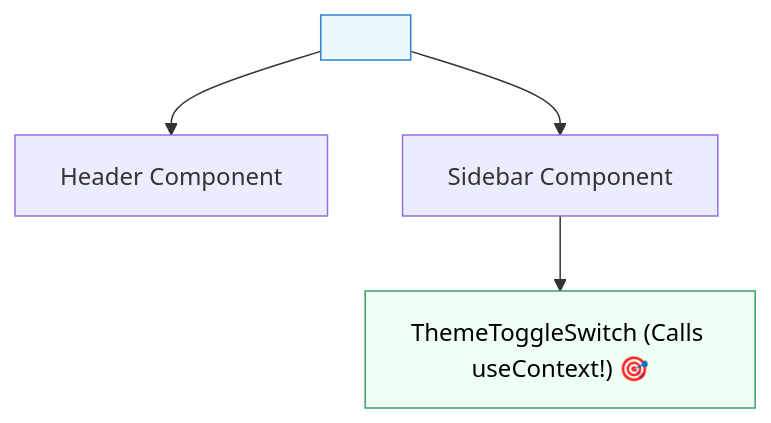
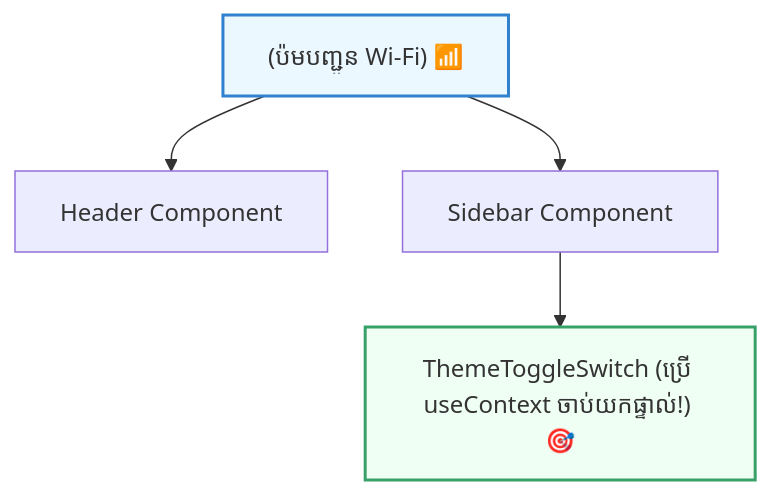
Before and after one commit to Ari-ICU/full-stack-short-coures: the diagram in src/courses/react/module-7-global-state/02-context-api-setup.mdx, drawn with Mermaid. The commit also changed other lines of this file and 7 other files, not shown here.

Commit message:
feat: add ReactPitfallsDiagram component and update global state course content to explain derived state and useEffect pitfalls

````diff
--- a/src/courses/react/module-7-global-state/02-context-api-setup.mdx
+++ b/src/courses/react/module-7-global-state/02-context-api-setup.mdx
@@ -24,10 +37,10 @@
 ```mermaid
 graph TD
-    Provider["<ThemeContext.Provider value={{ theme, toggleTheme }}>"]
+    Provider["<ThemeContext.Provider value={{ theme, toggleTheme }}> (ប៉មបញ្ជូន Wi-Fi) 📶"]
     Provider --> CompA["Header Component"]
     Provider --> CompB["Sidebar Component"]
-    CompB --> DeepChild["ThemeToggleSwitch (Calls useContext!) 🎯"]
+    CompB --> DeepChild["ThemeToggleSwitch (ប្រើ useContext ចាប់យកផ្ទាល់!) 🎯"]
 
-    style Provider fill:#ebf8ff,stroke:#3182ce,color:#000
-    style DeepChild fill:#f0fff4,stroke:#38a169,color:#000
+    style Provider fill:#ebf8ff,stroke:#3182ce,stroke-width:2px
+    style DeepChild fill:#f0fff4,stroke:#38a169,stroke-width:2px
 ```
````
